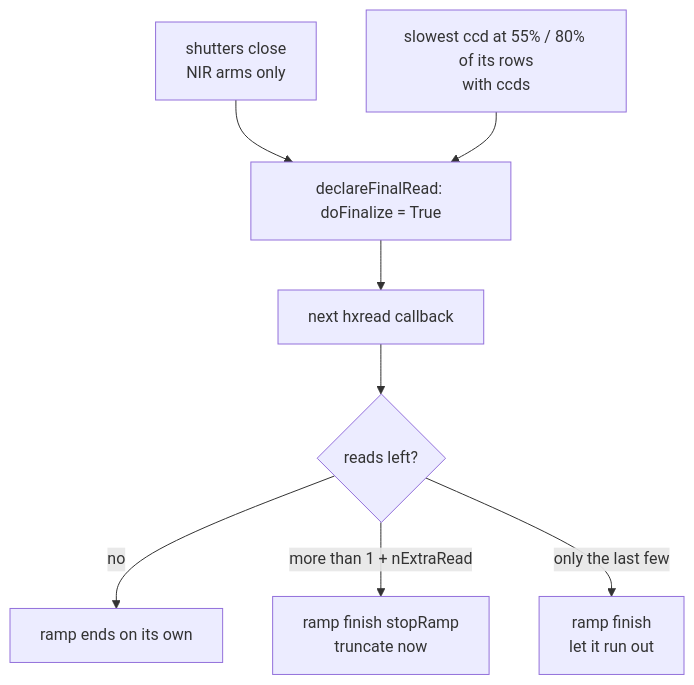
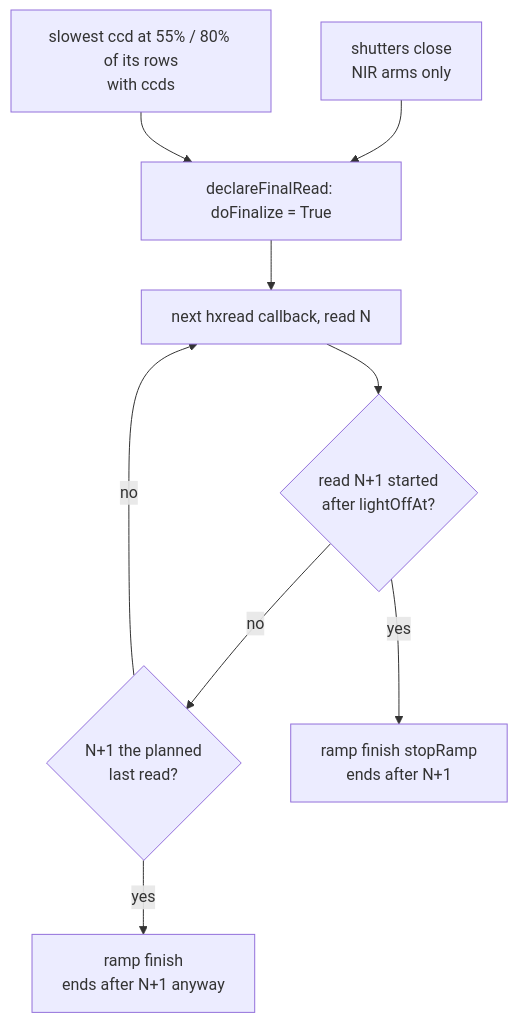
One commit to Subaru-PFS/ics_spsActor changed the third of 7 diagrams in docs/exposureWorkflow.md. Above: the diagram before and after it, drawn with Mermaid. The commit also changed other lines of this file and 5 other files, not shown here.

First line of the commit message:
INSTRM-3137 End H4 ramps on their first dark read

````diff
--- a/docs/exposureWorkflow.md
+++ b/docs/exposureWorkflow.md
@@ -184,10 +185,11 @@
 ```mermaid
 flowchart TD
     Close["shutters close<br/>NIR arms only"] --> Flag["declareFinalRead: doFinalize = True"]
     Rows["slowest ccd at 55% / 80% of its rows<br/>with ccds"] --> Flag
-    Flag --> Next["next hxread callback"]
-    Next --> Left{"reads left?"}
-    Left -->|"no"| Natural["ramp ends on its own"]
-    Left -->|"more than 1 + nExtraRead"| Stop["ramp finish stopRamp<br/>truncate now"]
-    Left -->|"only the last few"| Finish["ramp finish<br/>let it run out"]
+    Flag --> Next["next hxread callback, read N"]
+    Next --> Dark{"read N+1 started<br/>after lightOffAt?"}
+    Dark -->|"no"| Last{"N+1 the planned<br/>last read?"}
+    Last -->|"no"| Next
+    Last -->|"yes"| Finish["ramp finish<br/>ends after N+1 anyway"]
+    Dark -->|"yes"| Stop["ramp finish stopRamp<br/>ends after N+1"]
 ```
````
